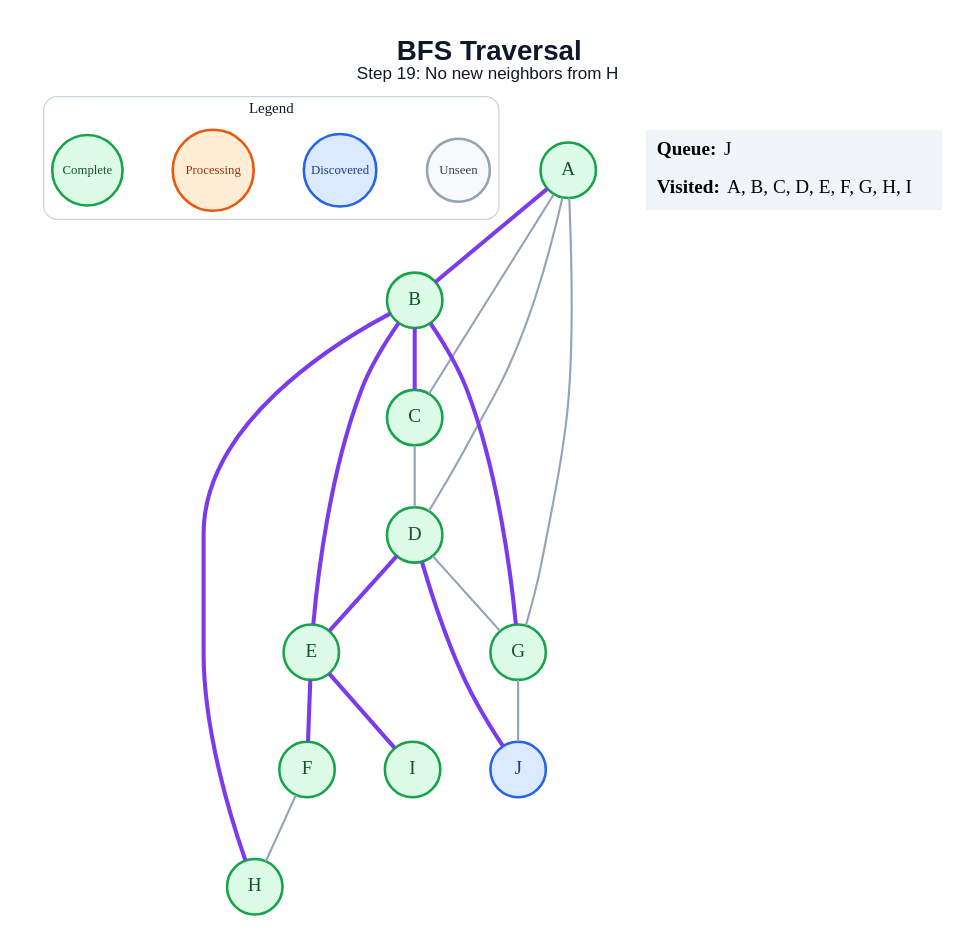
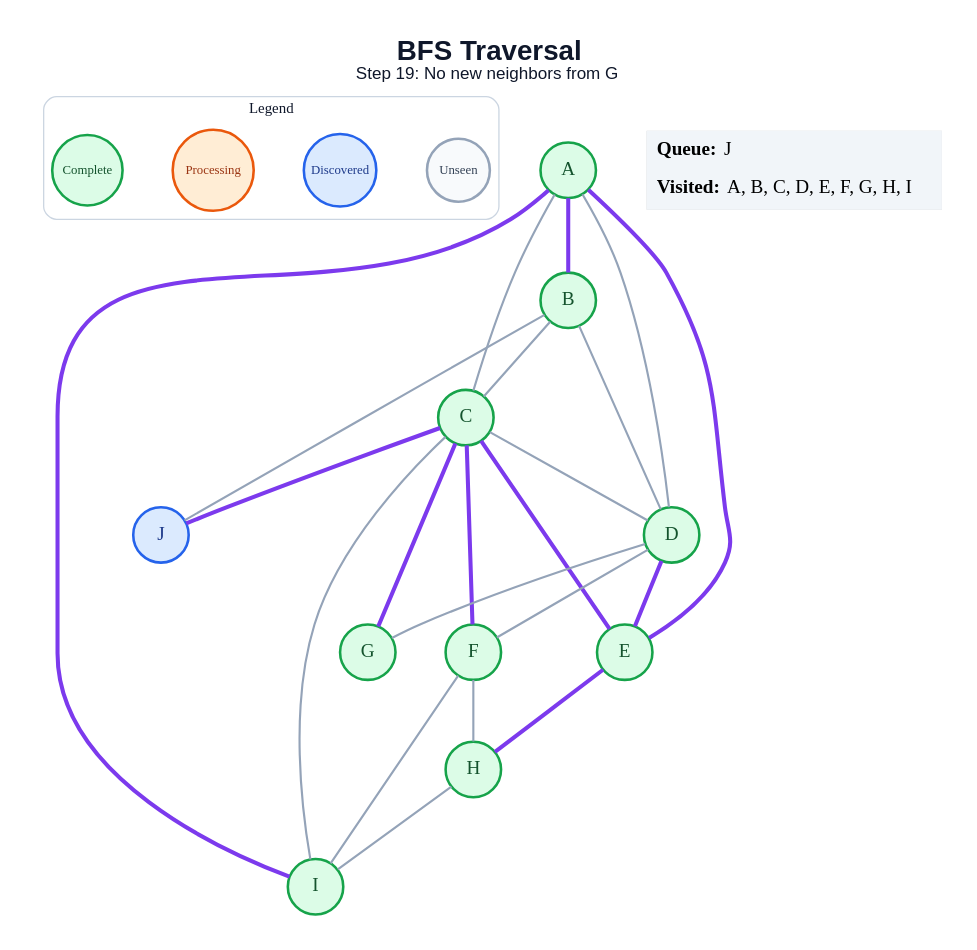
Before and after one commit to amanghodawala9/ai-slop: the diagram in generated/specific-node/bfs/step_19.dot, drawn with Graphviz. The commit also changed 178 other files, not shown here.

```diff
--- a/generated/specific-node/bfs/step_19.dot
+++ b/generated/specific-node/bfs/step_19.dot
@@ -1,45 +1,50 @@
 graph traversal {
   graph [layout=dot, rankdir=TB, bgcolor="#FFFFFF", pad="0.35", nodesep="0.65", ranksep="0.8", fontname="Arial"];
   node [shape=circle, style="filled", fontname="Arial Bold", fontsize=18, width=0.72, fixedsize=true, penwidth=2.4];
   edge [color="#94A3B8", penwidth=2.0];
-  label=<<B>BFS Traversal</B><BR/><FONT POINT-SIZE="16">Step 19: No new neighbors from H</FONT>>; labelloc="t"; fontsize=26; fontname="Arial"; fontcolor="#0F172A";
+  label=<<B>BFS Traversal</B><BR/><FONT POINT-SIZE="16">Step 19: No new neighbors from G</FONT>>; labelloc="t"; fontsize=26; fontname="Arial"; fontcolor="#0F172A";
   subgraph cluster_legend { label="Legend"; color="#CBD5E1"; penwidth=1.2; style="rounded"; fontsize=14; fontname="Arial Bold";
     key_unseen [label="Unseen", fillcolor="#F8FAFC", color="#94A3B8", fontcolor="#334155", fontsize=12, width=0.82];
     key_frontier [label="Discovered", fillcolor="#DBEAFE", color="#2563EB", fontcolor="#1E3A8A", fontsize=12, width=0.95];
     key_current [label="Processing", fillcolor="#FFEDD5", color="#EA580C", fontcolor="#9A3412", fontsize=12, width=1.05];
     key_done [label="Complete", fillcolor="#DCFCE7", color="#16A34A", fontcolor="#14532D", fontsize=12, width=0.92];
     { rank=same; key_unseen; key_frontier; key_current; key_done; }
   }
   A [fillcolor="#DCFCE7", color="#16A34A", fontcolor="#14532D"];
   B [fillcolor="#DCFCE7", color="#16A34A", fontcolor="#14532D"];
   C [fillcolor="#DCFCE7", color="#16A34A", fontcolor="#14532D"];
   D [fillcolor="#DCFCE7", color="#16A34A", fontcolor="#14532D"];
   E [fillcolor="#DCFCE7", color="#16A34A", fontcolor="#14532D"];
   F [fillcolor="#DCFCE7", color="#16A34A", fontcolor="#14532D"];
   G [fillcolor="#DCFCE7", color="#16A34A", fontcolor="#14532D"];
   H [fillcolor="#DCFCE7", color="#16A34A", fontcolor="#14532D"];
   I [fillcolor="#DCFCE7", color="#16A34A", fontcolor="#14532D"];
   J [fillcolor="#DBEAFE", color="#2563EB", fontcolor="#1E3A8A"];
   A -- B [color="#7C3AED", penwidth=3.8];
   A -- C;
   A -- D;
-  A -- G;
-  B -- C [color="#7C3AED", penwidth=3.8];
-  B -- E [color="#7C3AED", penwidth=3.8];
-  B -- G [color="#7C3AED", penwidth=3.8];
-  B -- H [color="#7C3AED", penwidth=3.8];
+  A -- E [color="#7C3AED", penwidth=3.8];
+  A -- I [color="#7C3AED", penwidth=3.8];
+  B -- C;
+  B -- D;
+  B -- J;
   C -- D;
+  C -- E [color="#7C3AED", penwidth=3.8];
+  C -- F [color="#7C3AED", penwidth=3.8];
+  C -- G [color="#7C3AED", penwidth=3.8];
+  C -- I;
+  C -- J [color="#7C3AED", penwidth=3.8];
   D -- E [color="#7C3AED", penwidth=3.8];
+  D -- F;
   D -- G;
-  D -- J [color="#7C3AED", penwidth=3.8];
-  E -- F [color="#7C3AED", penwidth=3.8];
-  E -- I [color="#7C3AED", penwidth=3.8];
+  E -- H [color="#7C3AED", penwidth=3.8];
   F -- H;
-  G -- J;
+  F -- I;
+  H -- I;
   status [shape=plain, fixedsize=false, width=0, height=0, margin=0, label=<
     <TABLE BORDER="0" CELLBORDER="0" CELLPADDING="7" BGCOLOR="#F1F5F9">
       <TR><TD ALIGN="LEFT"><B>Queue:</B> J</TD></TR>
       <TR><TD ALIGN="LEFT"><B>Visited:</B> A, B, C, D, E, F, G, H, I</TD></TR>
     </TABLE>
   >];
 }
```
